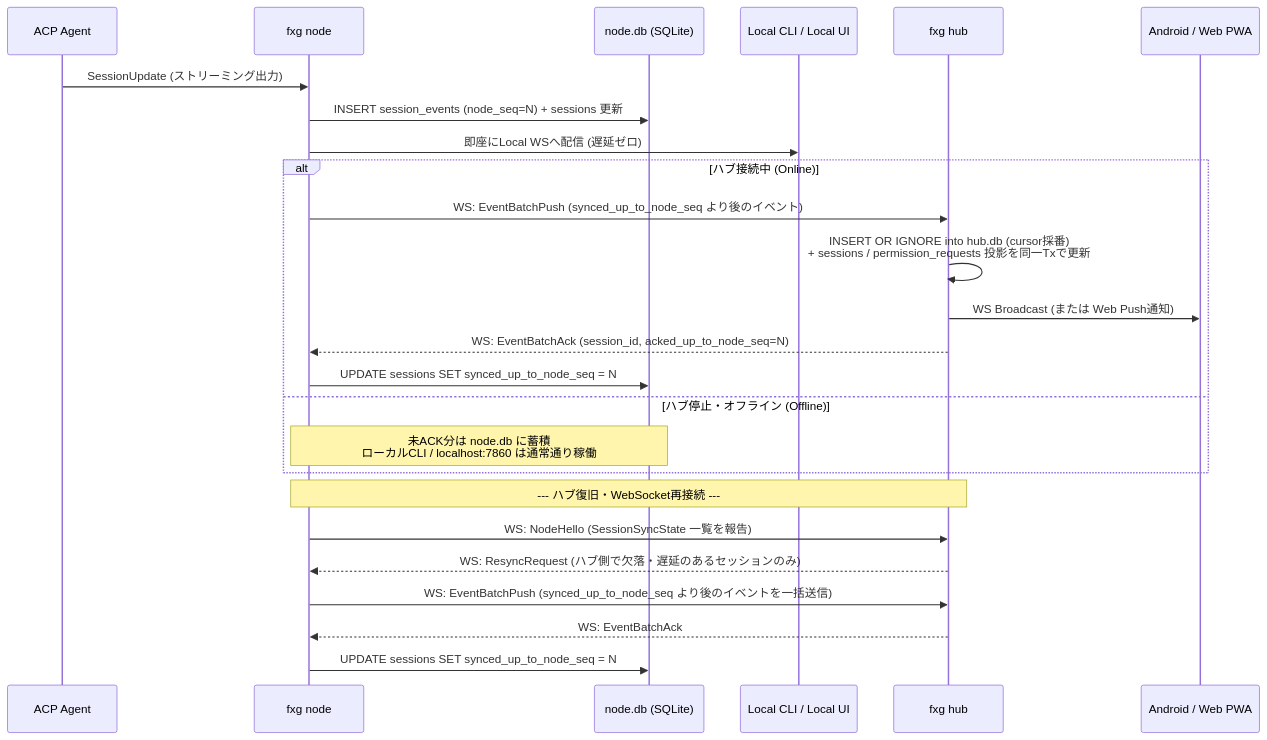
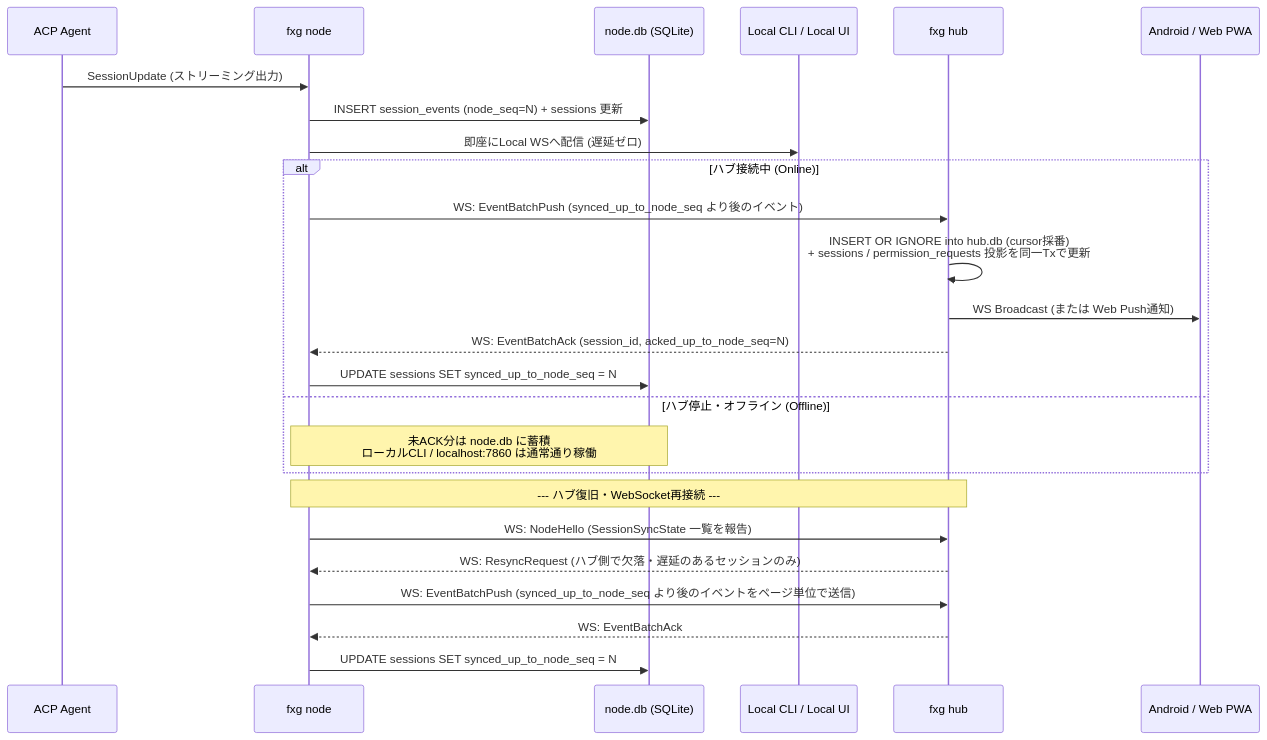
One commit to nazo6/flexagent changed the second of 3 diagrams in docs/01-architecture-and-sync.md. Above: the diagram before and after it, drawn with Mermaid. The commit also changed other lines of this file and 12 other files, not shown here.

````diff
--- a/docs/01-architecture-and-sync.md
+++ b/docs/01-architecture-and-sync.md
@@ -135,30 +135,30 @@
 ```mermaid
 sequenceDiagram
     participant Agent as ACP Agent
     participant Node as fxg node
     participant NodeDB as node.db (SQLite)
     participant LocalClient as Local CLI / Local UI
     participant Hub as fxg hub
     participant RemotePWA as Android / Web PWA
 
     Agent->>Node: SessionUpdate (ストリーミング出力)
     Node->>NodeDB: INSERT session_events (node_seq=N) + sessions 更新
     Node->>LocalClient: 即座にLocal WSへ配信 (遅延ゼロ)
 
     alt ハブ接続中 (Online)
         Node->>Hub: WS: EventBatchPush (synced_up_to_node_seq より後のイベント)
         Hub->>Hub: INSERT OR IGNORE into hub.db (cursor採番)<br/>+ sessions / permission_requests 投影を同一Txで更新
         Hub->>RemotePWA: WS Broadcast (または Web Push通知)
         Hub-->>Node: WS: EventBatchAck (session_id, acked_up_to_node_seq=N)
         Node->>NodeDB: UPDATE sessions SET synced_up_to_node_seq = N
     else ハブ停止・オフライン (Offline)
         Note over Node,NodeDB: 未ACK分は node.db に蓄積<br/>ローカルCLI / localhost:7860 は通常通り稼働
     end
 
     Note over Node,Hub: --- ハブ復旧・WebSocket再接続 ---
     Node->>Hub: WS: NodeHello (SessionSyncState 一覧を報告)
     Hub-->>Node: WS: ResyncRequest (ハブ側で欠落・遅延のあるセッションのみ)
-    Node->>Hub: WS: EventBatchPush (synced_up_to_node_seq より後のイベントを一括送信)
+    Node->>Hub: WS: EventBatchPush (synced_up_to_node_seq より後のイベントをページ単位で送信)
     Hub-->>Node: WS: EventBatchAck
     Node->>NodeDB: UPDATE sessions SET synced_up_to_node_seq = N
 ```
````
